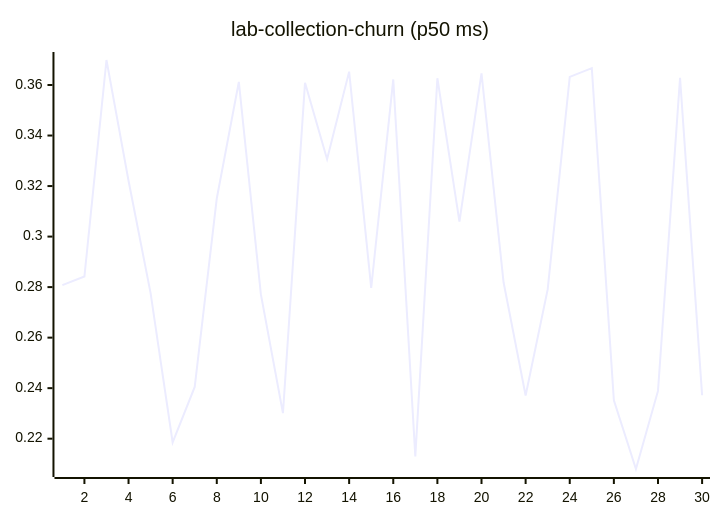
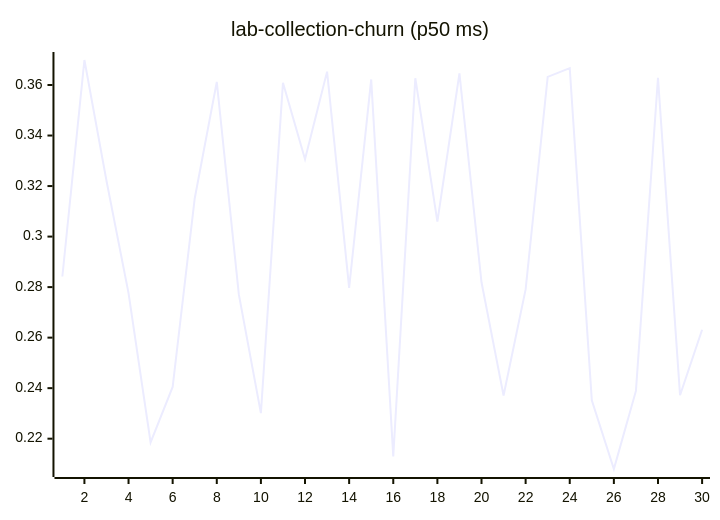
Before and after one commit to josha/Facet: diagram 11 of 27 in README.md, drawn with Mermaid. The commit also changed other lines of this file and 2 other files, not shown here.

````diff
--- a/README.md
+++ b/README.md
@@ -133,6 +133,6 @@
 ```mermaid
 xychart-beta
     title "lab-collection-churn (p50 ms)"
     x-axis 1 --> 30
-    line [0.2808, 0.2842, 0.3699, 0.3221, 0.2776, 0.2185, 0.2405, 0.3151, 0.3612, 0.2771, 0.2301, 0.3609, 0.3306, 0.3653, 0.2797, 0.3622, 0.2130, 0.3627, 0.3059, 0.3646, 0.2819, 0.2371, 0.2791, 0.3632, 0.3667, 0.2352, 0.2080, 0.2389, 0.3628, 0.2372]
+    line [0.2842, 0.3699, 0.3221, 0.2776, 0.2185, 0.2405, 0.3151, 0.3612, 0.2771, 0.2301, 0.3609, 0.3306, 0.3653, 0.2797, 0.3622, 0.2130, 0.3627, 0.3059, 0.3646, 0.2819, 0.2371, 0.2791, 0.3632, 0.3667, 0.2352, 0.2080, 0.2389, 0.3628, 0.2372, 0.2631]
 ```
````
